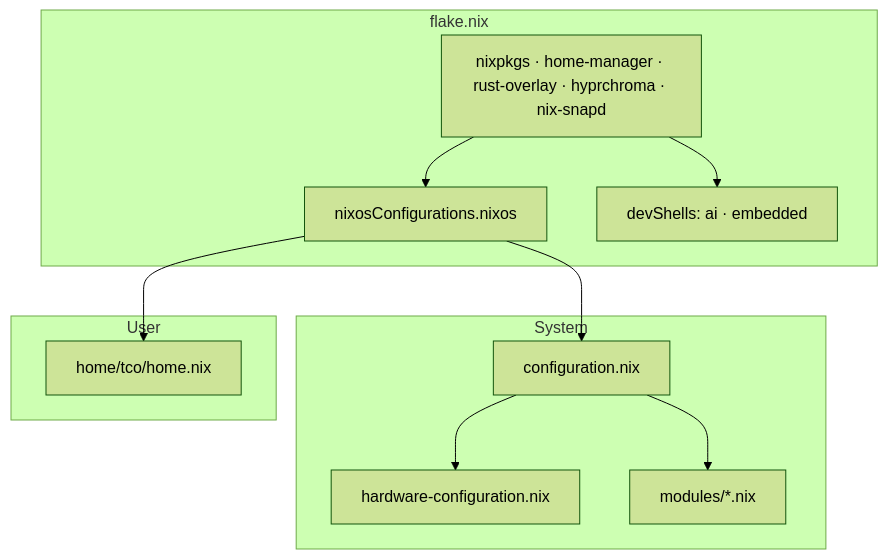
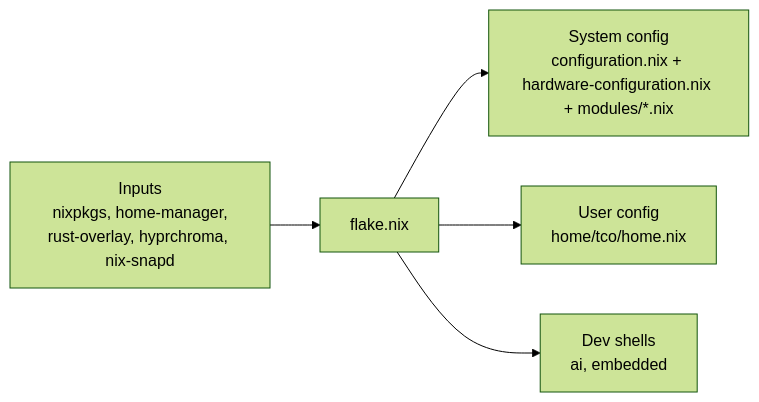
One commit to RomeoCavazza/nixos-config changed the second of 3 diagrams in README.md. Above: the diagram before and after it, drawn with Mermaid (forest theme). The commit also changed other lines of this file and 8 other files, not shown here.

First line of the commit message:
docs: README as single source of truth, docs reduced to glossary + cloc + PlantUML

````diff
--- a/README.md
+++ b/README.md
@@ -127,25 +127,13 @@
 ```mermaid
-flowchart TB
-  subgraph flake["flake.nix"]
-    inputs["nixpkgs · home-manager · rust-overlay · hyprchroma · nix-snapd"]
-    outputs["nixosConfigurations.nixos"]
-    shells["devShells: ai · embedded"]
-  end
+flowchart LR
+  inputs["Inputs<br/>nixpkgs, home-manager,<br/>rust-overlay, hyprchroma, nix-snapd"]
+  flake["flake.nix"]
+  system["System config<br/>configuration.nix + hardware-configuration.nix + modules/*.nix"]
+  home["User config<br/>home/tco/home.nix"]
+  shells["Dev shells<br/>ai, embedded"]
 
-  subgraph system["System"]
-    config["configuration.nix"]
-    hardware["hardware-configuration.nix"]
-    mods["modules/*.nix"]
-  end
-
-  subgraph user["User"]
-    home["home/tco/home.nix"]
-  end
-
-  inputs --> outputs
-  outputs --> config
-  config --> hardware
-  config --> mods
-  outputs --> home
-  inputs --> shells
+  inputs --> flake
+  flake --> system
+  flake --> home
+  flake --> shells
 ```
````
